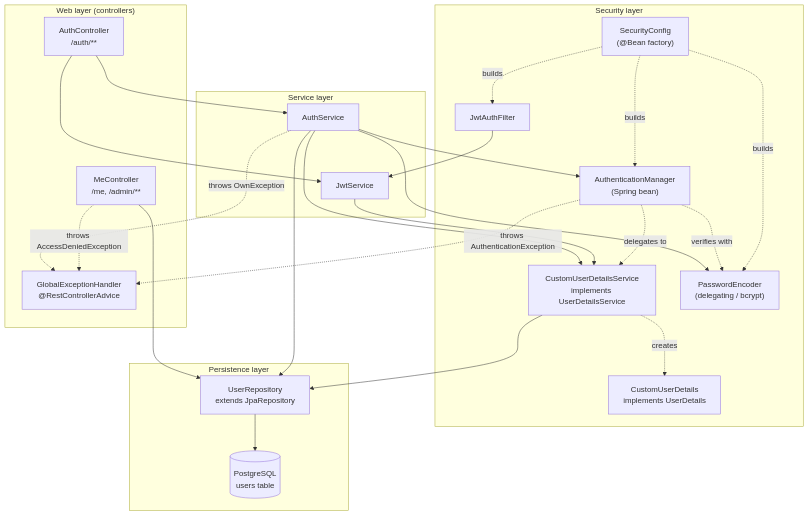
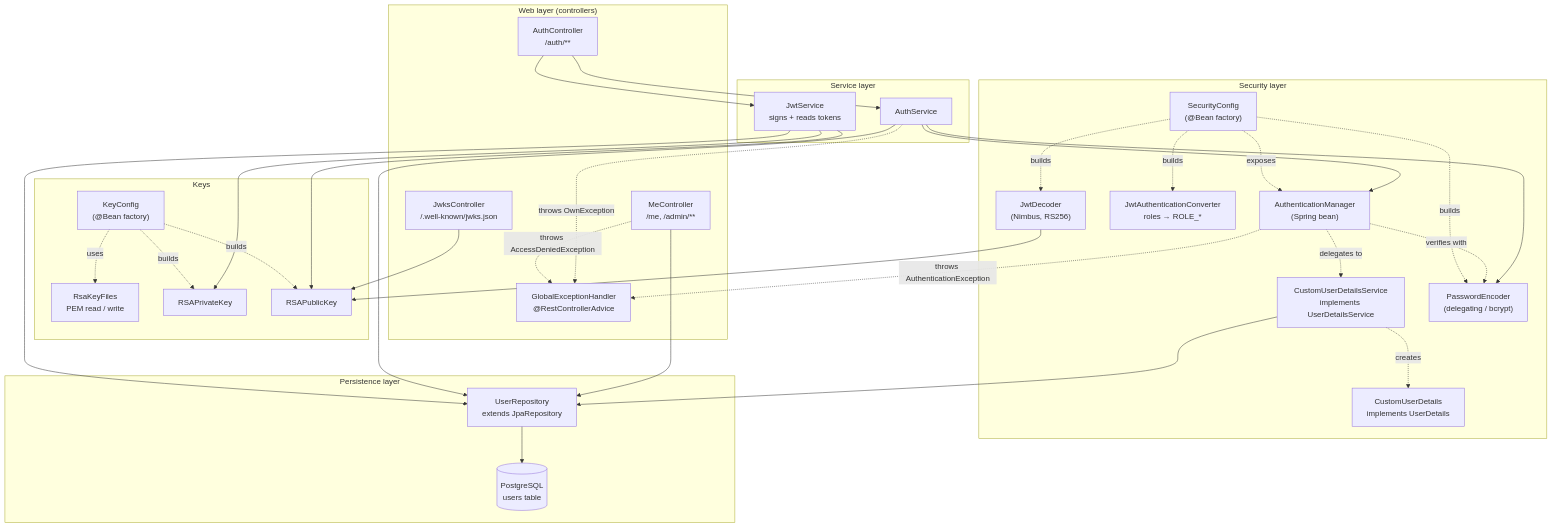
Before and after one commit to Umex10/authkit: the first of 7 diagrams in docs/BACKEND_FLOW.md, drawn with Mermaid. The commit also changed other lines of this file and 4 other files, not shown here.

First line of the commit message:
docs: describe the RS256 resource-server flow and the current tests

````diff
--- a/docs/BACKEND_FLOW.md
+++ b/docs/BACKEND_FLOW.md
@@ -17,54 +17,70 @@
 ```mermaid
 flowchart TD
     subgraph web["Web layer (controllers)"]
         AC["AuthController<br/>/auth/**"]
         MC["MeController<br/>/me, /admin/**"]
+        JC["JwksController<br/>/.well-known/jwks.json"]
         GEH["GlobalExceptionHandler<br/>@RestControllerAdvice"]
     end
 
     subgraph service["Service layer"]
         AS["AuthService"]
-        JS["JwtService"]
+        JS["JwtService<br/>signs + reads tokens"]
+    end
+
+    subgraph keys["Keys"]
+        KC["KeyConfig<br/>(@Bean factory)"]
+        RKF["RsaKeyFiles<br/>PEM read / write"]
+        PRIV["RSAPrivateKey"]
+        PUB["RSAPublicKey"]
     end
 
     subgraph security["Security layer"]
         SC["SecurityConfig<br/>(@Bean factory)"]
-        JAF["JwtAuthFilter"]
+        JD["JwtDecoder<br/>(Nimbus, RS256)"]
+        JAC["JwtAuthenticationConverter<br/>roles → ROLE_*"]
         CUDS["CustomUserDetailsService<br/>implements UserDetailsService"]
         CUD["CustomUserDetails<br/>implements UserDetails"]
         AM["AuthenticationManager<br/>(Spring bean)"]
         PE["PasswordEncoder<br/>(delegating / bcrypt)"]
     end
 
     subgraph persistence["Persistence layer"]
         UR["UserRepository<br/>extends JpaRepository"]
         DB[("PostgreSQL<br/>users table")]
     end
 
     AC --> AS
     AC --> JS
     MC --> UR
+    JC --> PUB
 
     AS --> UR
     AS --> PE
     AS --> AM
-    AS --> CUDS
 
-    JS --> CUDS
+    JS --> PRIV
+    JS --> PUB
+    JS --> UR
 
-    JAF --> JS
+    KC -. "uses" .-> RKF
+    KC -. "builds" .-> PRIV
+    KC -. "builds" .-> PUB
+
+    JD --> PUB
     CUDS --> UR
     CUDS -. "creates" .-> CUD
     AM -. "delegates to" .-> CUDS
     AM -. "verifies with" .-> PE
 
-    SC -. "builds" .-> JAF
-    SC -. "builds" .-> AM
+    SC -. "builds" .-> JD
+    SC -. "builds" .-> JAC
+    SC -. "exposes" .-> AM
     SC -. "builds" .-> PE
 
     UR --> DB
 
     AS -. "throws OwnException" .-> GEH
     AM -. "throws AuthenticationException" .-> GEH
     MC -. "throws AccessDeniedException" .-> GEH
 ```
````
